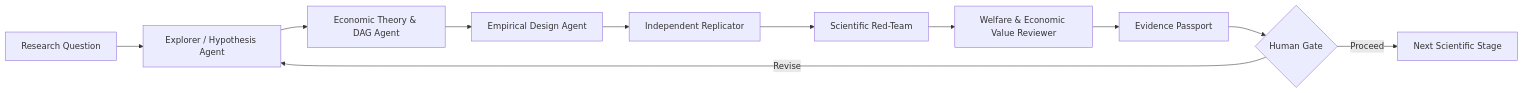
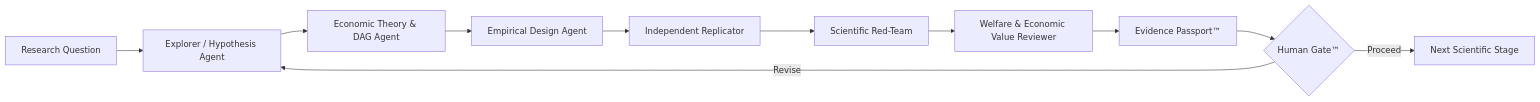
Before and after one commit to Saehon/Saeid-Homayoun: the diagram in AI_TO_AI_AUTOMATION.md, drawn with Mermaid. The commit also changed other lines of this file, not shown here.

````diff
--- a/AI_TO_AI_AUTOMATION.md
+++ b/AI_TO_AI_AUTOMATION.md
@@ -13,13 +13,13 @@
 ```mermaid
 flowchart LR
     A[Research Question] --> B[Explorer / Hypothesis Agent]
     B --> C[Economic Theory & DAG Agent]
     C --> D[Empirical Design Agent]
     D --> E[Independent Replicator]
     E --> F[Scientific Red-Team]
     F --> G[Welfare & Economic Value Reviewer]
-    G --> H[Evidence Passport]
-    H --> I{Human Gate}
+    G --> H[Evidence Passport™]
+    H --> I{Human Gate™}
     I -->|Revise| B
     I -->|Proceed| J[Next Scientific Stage]
 ```
````
